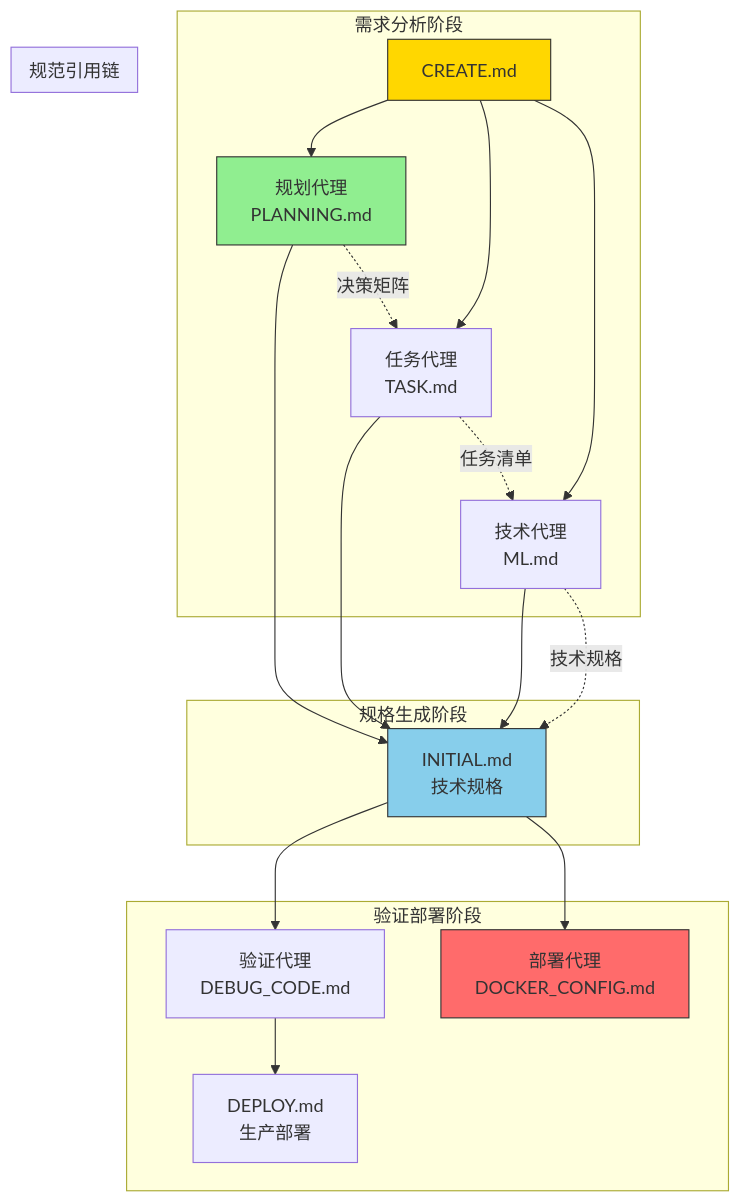
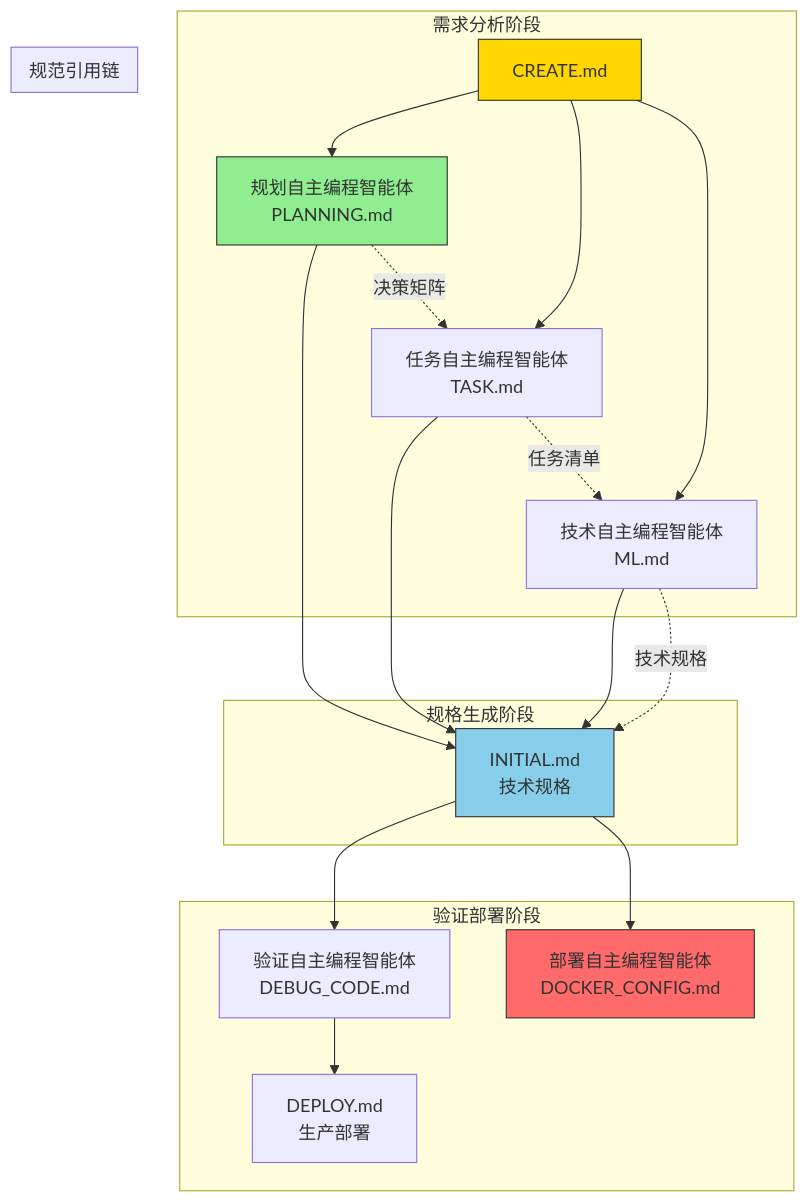
Before and after one commit to ouyangshixiong/context-engineering-zh: the first of 6 diagrams in CREATE.md, drawn with Mermaid. The commit also changed other lines of this file and 6 other files, not shown here.

````diff
--- a/CREATE.md
+++ b/CREATE.md
@@ -23,31 +23,31 @@
 ```mermaid
 graph TD
     subgraph 需求分析阶段
-        CREATE[CREATE.md] --> PLAN[规划代理<br/>PLANNING.md]
-        CREATE --> TASK[任务代理<br/>TASK.md]  
-        CREATE --> ML[技术代理<br/>ML.md]
+        CREATE[CREATE.md] --> PLAN[规划自主编程智能体<br/>PLANNING.md]
+        CREATE --> TASK[任务自主编程智能体<br/>TASK.md]  
+        CREATE --> ML[技术自主编程智能体<br/>ML.md]
     end
     
     subgraph 规格生成阶段
         PLAN --> INITIAL[INITIAL.md<br/>技术规格]
         TASK --> INITIAL
         ML --> INITIAL
     end
     
     subgraph 验证部署阶段
-        INITIAL --> DEBUG[验证代理<br/>DEBUG_CODE.md]
-        INITIAL --> DOCKER[部署代理<br/>DOCKER_CONFIG.md]
+        INITIAL --> DEBUG[验证自主编程智能体<br/>DEBUG_CODE.md]
+        INITIAL --> DOCKER[部署自主编程智能体<br/>DOCKER_CONFIG.md]
         DEBUG --> DEPLOY[DEPLOY.md<br/>生产部署]
     end
     
     subgraph 规范引用链
         PLAN -.->|决策矩阵| TASK
         TASK -.->|任务清单| ML  
         ML -.->|技术规格| INITIAL
     end
     
     style CREATE fill:#FFD700,stroke:#333
     style PLAN fill:#90EE90,stroke:#333
     style INITIAL fill:#87CEEB,stroke:#333
     style DOCKER fill:#FF6B6B,stroke:#333
 ```
````
